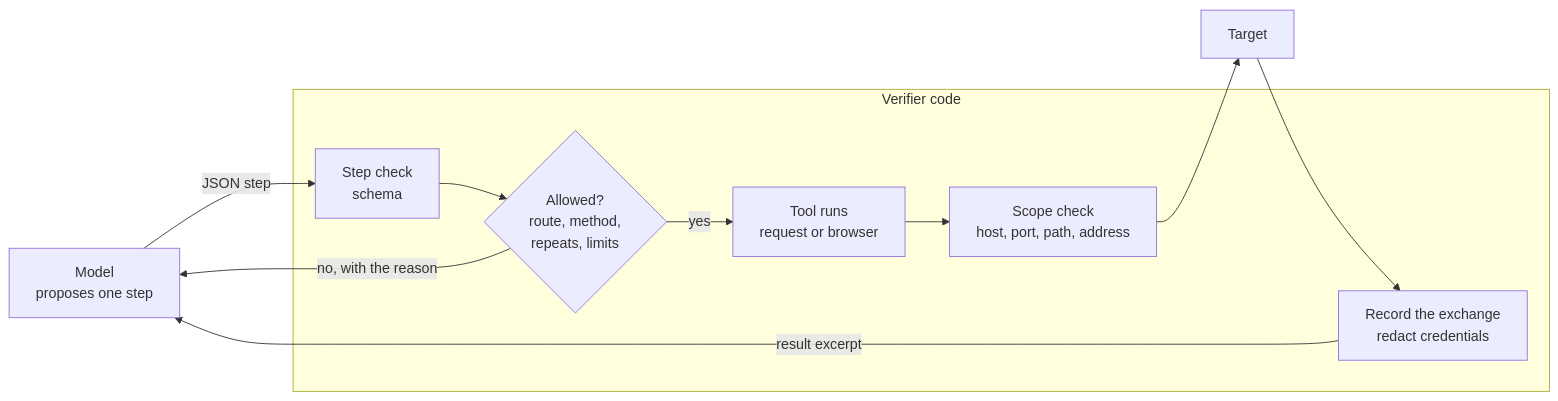
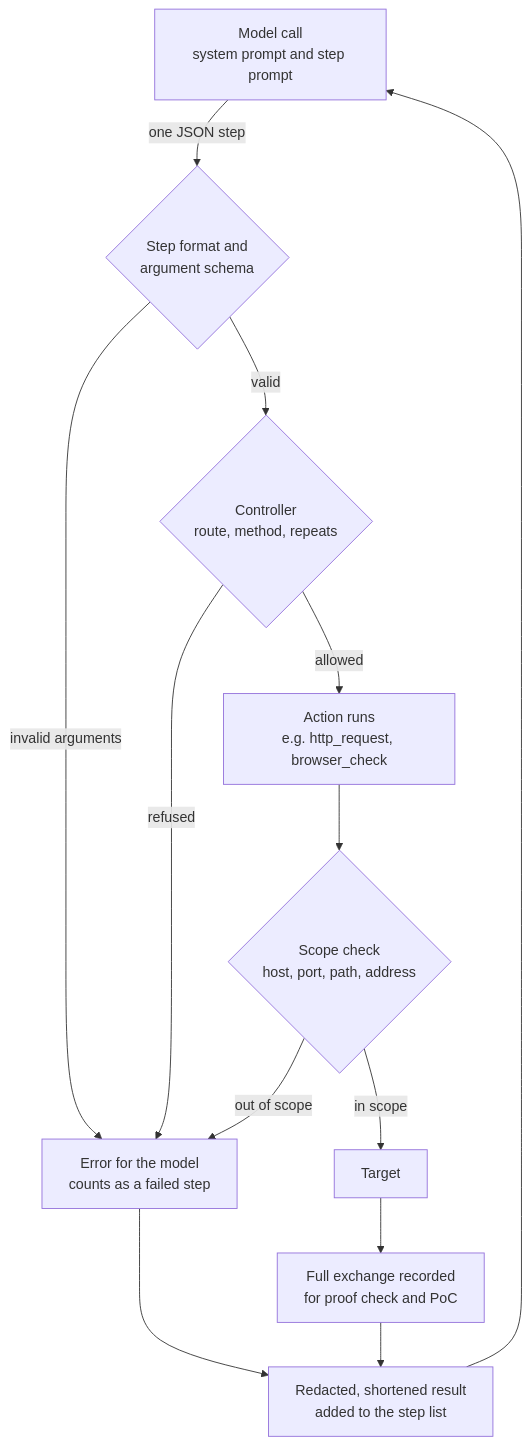
One commit to appsec-foundry/appsec-verifier changed the second of 5 diagrams in docs/how-verification-works.md. Above: the diagram before and after it, drawn with Mermaid. The commit also changed other lines of this file and 2 other files, not shown here.

````diff
--- a/docs/how-verification-works.md
+++ b/docs/how-verification-works.md
@@ -22,14 +62,15 @@
 ```mermaid
-flowchart LR
-    M["Model<br/>proposes one step"] -->|"JSON step"| S
-    subgraph V["Verifier code"]
-        S["Step check<br/>schema"] --> C{"Allowed?<br/>route, method,<br/>repeats, limits"}
-        C -->|"yes"| T["Tool runs<br/>request or browser"]
-        T --> G["Scope check<br/>host, port, path, address"]
-        R["Record the exchange<br/>redact credentials"]
-    end
-    G --> X["Target"]
-    X --> R
-    R -->|"result excerpt"| M
-    C -->|"no, with the reason"| M
+flowchart TD
+    P["Model call<br/>system prompt and step prompt"] -->|"one JSON step"| S{"Step format and<br/>argument schema"}
+    S -->|"invalid arguments"| E["Error for the model<br/>counts as a failed step"]
+    S -->|"valid"| C{"Controller<br/>route, method, repeats"}
+    C -->|"refused"| E
+    C -->|"allowed"| T["Action runs<br/>e.g. http_request, browser_check"]
+    T --> G{"Scope check<br/>host, port, path, address"}
+    G -->|"out of scope"| E
+    G -->|"in scope"| X["Target"]
+    X --> R["Full exchange recorded<br/>for proof check and PoC"]
+    R --> H["Redacted, shortened result<br/>added to the step list"]
+    E --> H
+    H --> P
 ```
````
